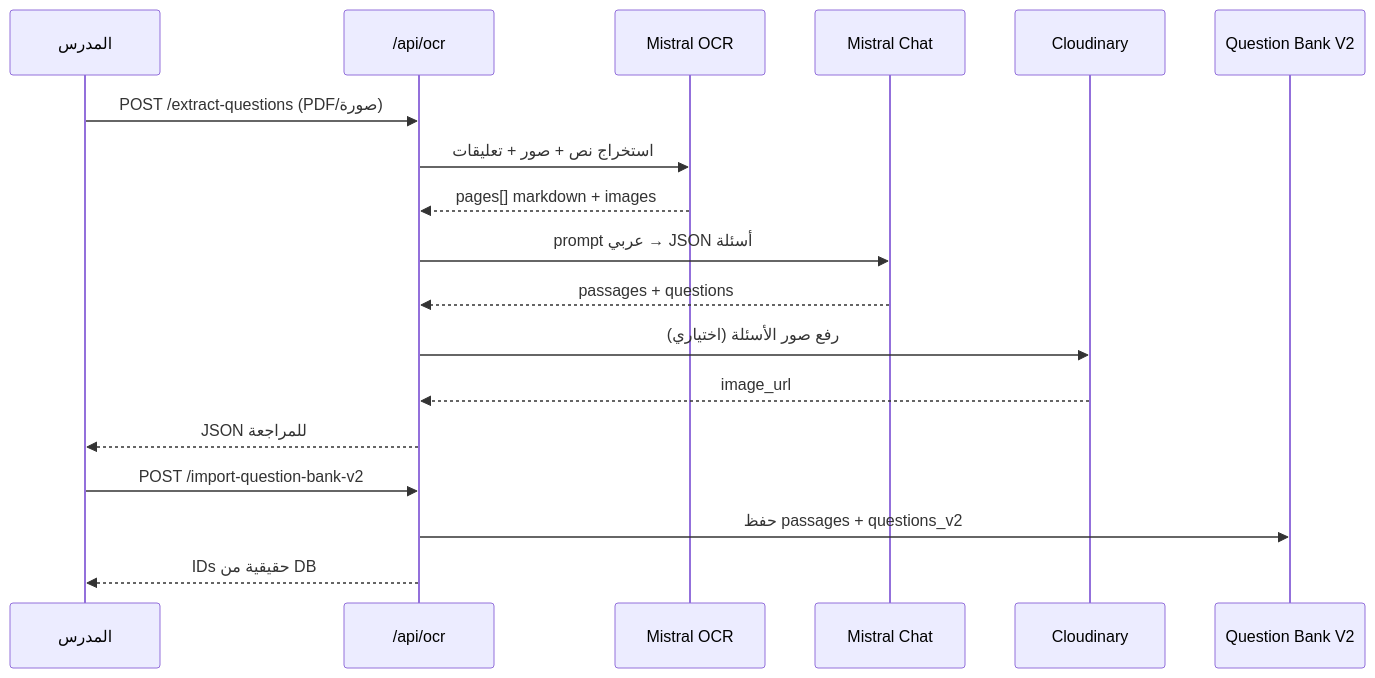
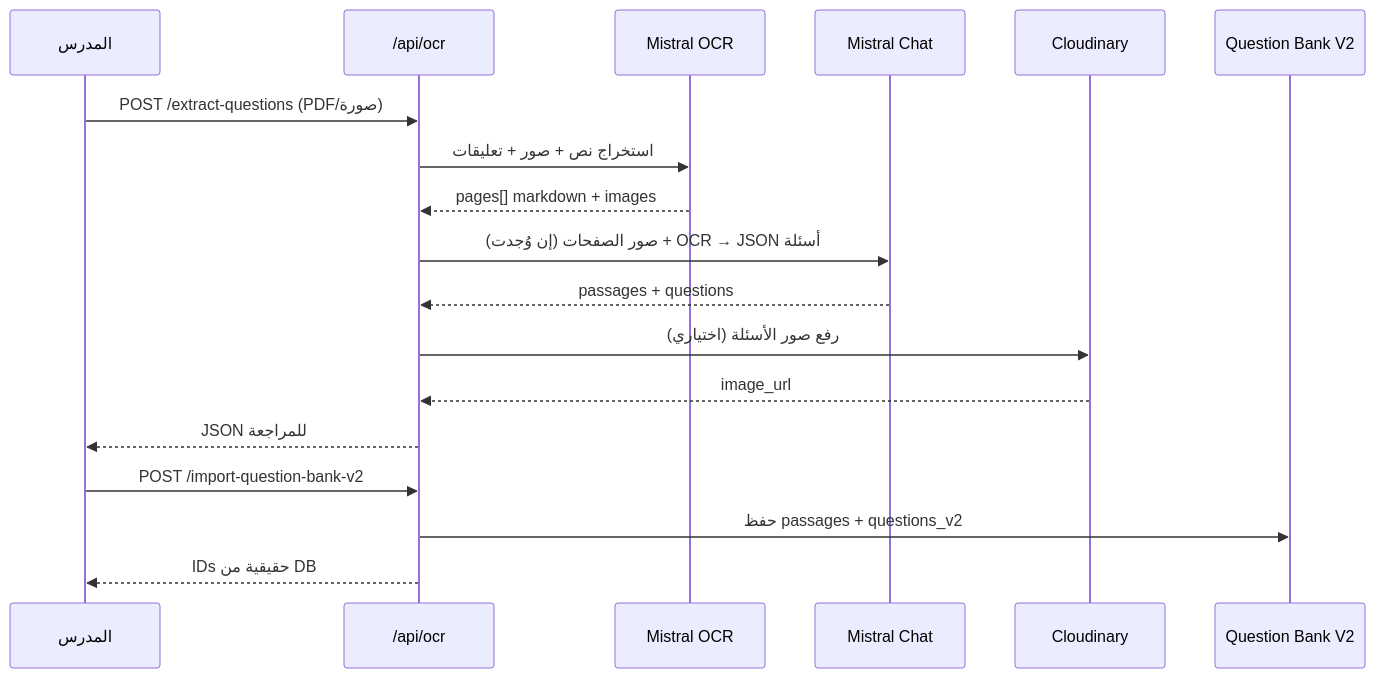
One commit to mohamed-12-abdelkader/EM-lecturers changed the diagram in doc/ai-question-extraction-api.md. Above: the diagram before and after it, drawn with Mermaid. The commit also changed other lines of this file and 5 other files, not shown here.

````diff
--- a/doc/ai-question-extraction-api.md
+++ b/doc/ai-question-extraction-api.md
@@ -56,22 +56,22 @@
 ```mermaid
 sequenceDiagram
   participant U as المدرس
   participant API as /api/ocr
   participant OCR as Mistral OCR
   participant Chat as Mistral Chat
   participant CDN as Cloudinary
   participant DB as Question Bank V2
 
   U->>API: POST /extract-questions (PDF/صورة)
   API->>OCR: استخراج نص + صور + تعليقات
   OCR-->>API: pages[] markdown + images
-  API->>Chat: prompt عربي → JSON أسئلة
+  API->>Chat: صور الصفحات (إن وُجدت) + OCR → JSON أسئلة
   Chat-->>API: passages + questions
   API->>CDN: رفع صور الأسئلة (اختياري)
   CDN-->>API: image_url
   API-->>U: JSON للمراجعة
 
   U->>API: POST /import-question-bank-v2
   API->>DB: حفظ passages + questions_v2
   API-->>U: IDs حقيقية من DB
 ```
````
